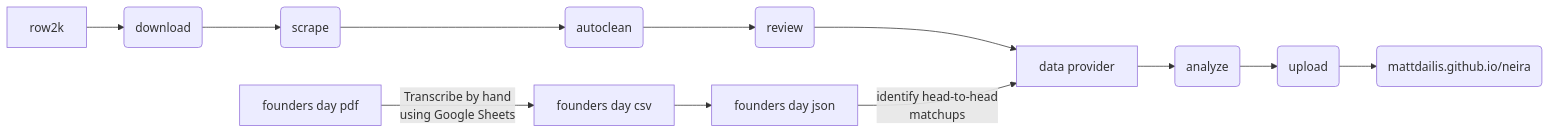
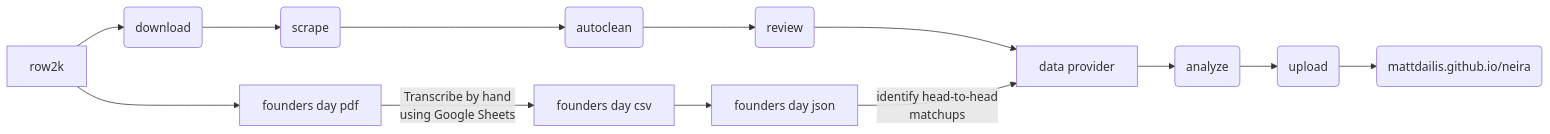
Before and after one commit to mattdailis/neira: the diagram in README.md, drawn with Mermaid.

````diff
--- a/README.md
+++ b/README.md
@@ -141,15 +141,16 @@
 ```mermaid
 flowchart LR
     row2k --> download(download)
     download --> c(scrape)
     c --> autoclean(autoclean)
     autoclean --> r(review)
     r --> dp[data provider]
     dp --> a(analyze)
     a --> u(upload)
     u --> m(mattdailis.github.io/neira)
 
+    row2k --> fpdf
     fpdf[founders day pdf] --> |Transcribe by hand\nusing Google Sheets| fcsv[founders day csv]
     fcsv --> fjson[founders day json]
     fjson --> |identify head-to-head\nmatchups| dp
 ```
````
